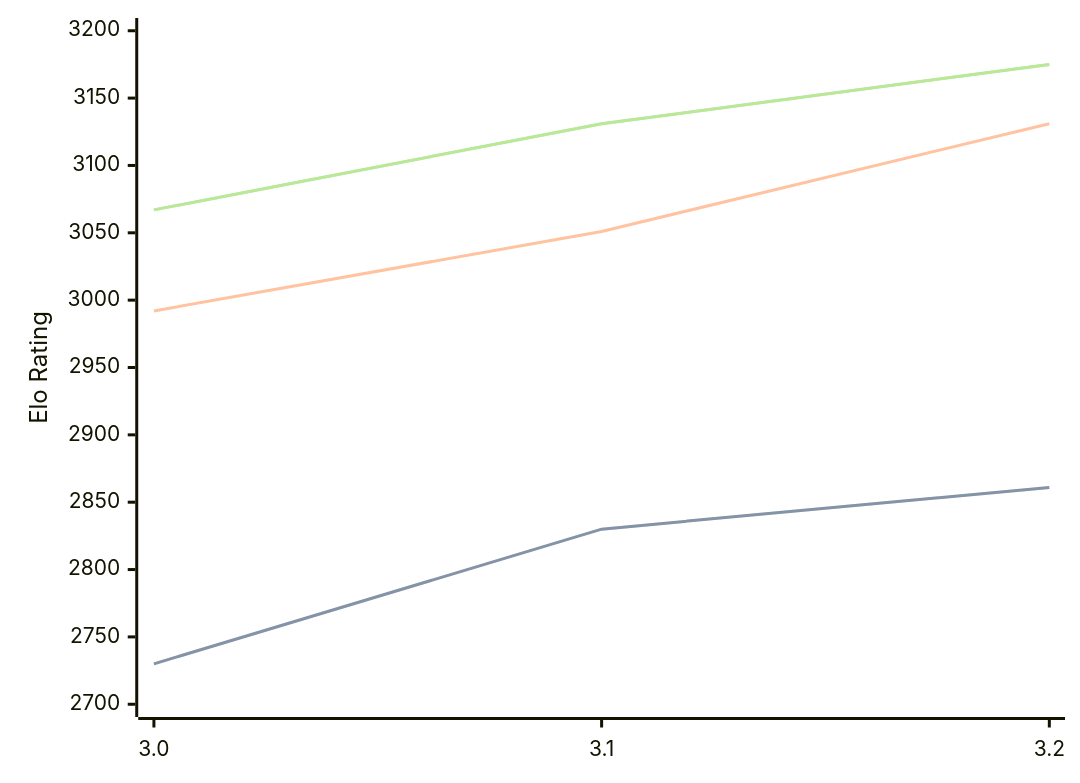
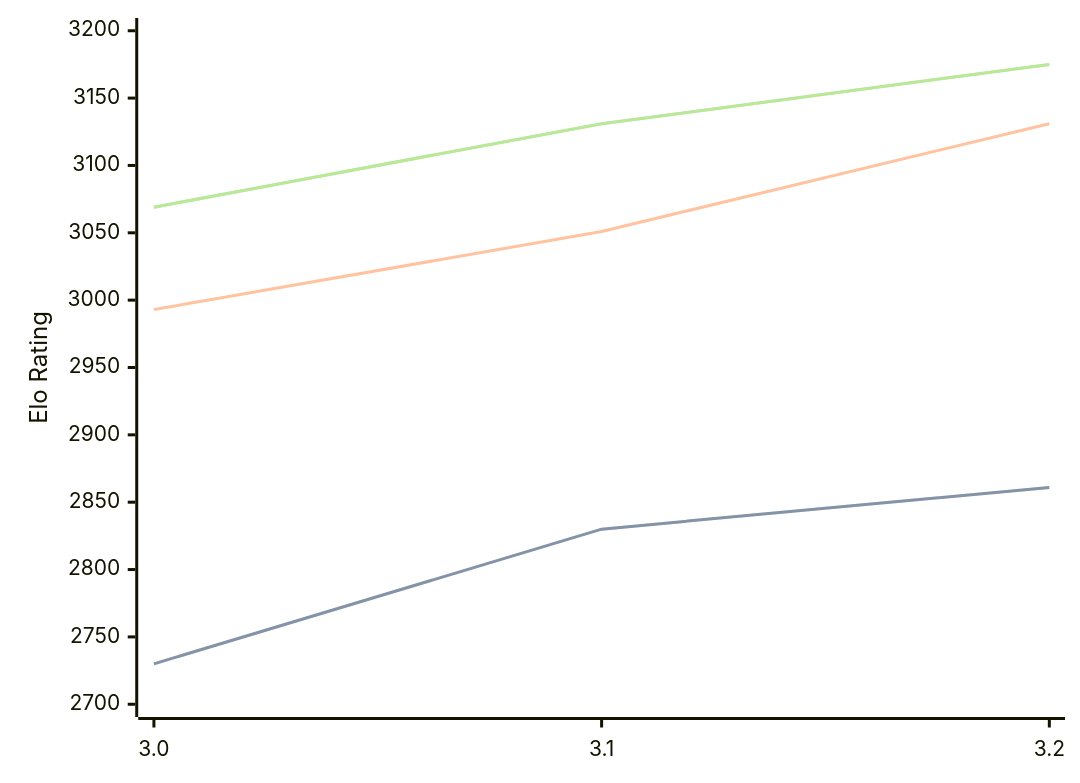
The diagram in engines/Vajolet2.md (computer-chess-index/cci), drawn with Mermaid before and after one commit. The commit also changed other lines of this file, not shown here.

Commit message:
Update CCI Ratings (ELO VLTC) - 2026-09-02

````diff
--- a/engines/Vajolet2.md
+++ b/engines/Vajolet2.md
@@ -33,11 +33,11 @@
 ```mermaid
 %%{init: {"theme":"base","themeVariables":{"seriesColors:['#a3a3a3','#222221','#faa371']}}}%%
 xychart-beta
   x-axis ["3.0", "3.1", "3.2"]
   y-axis "Elo Rating" 2700 --> 3200
   line "" [2730, 2830, 2861]
   line "STC (8.0+0.08s)" [2730, 2830, 2861]
-  line "LTC (60.0+0.60s)" [2992, 3051, 3131]
-  line "" [3067, 3131, 3175]
-  line "VLTC (2m24s+1.12s)" [3067, 3131, 3175]
+  line "LTC (60.0+0.60s)" [2993, 3051, 3131]
+  line "" [3069, 3131, 3175]
+  line "VLTC (2m24s+1.12s)" [3069, 3131, 3175]
 ```
````
